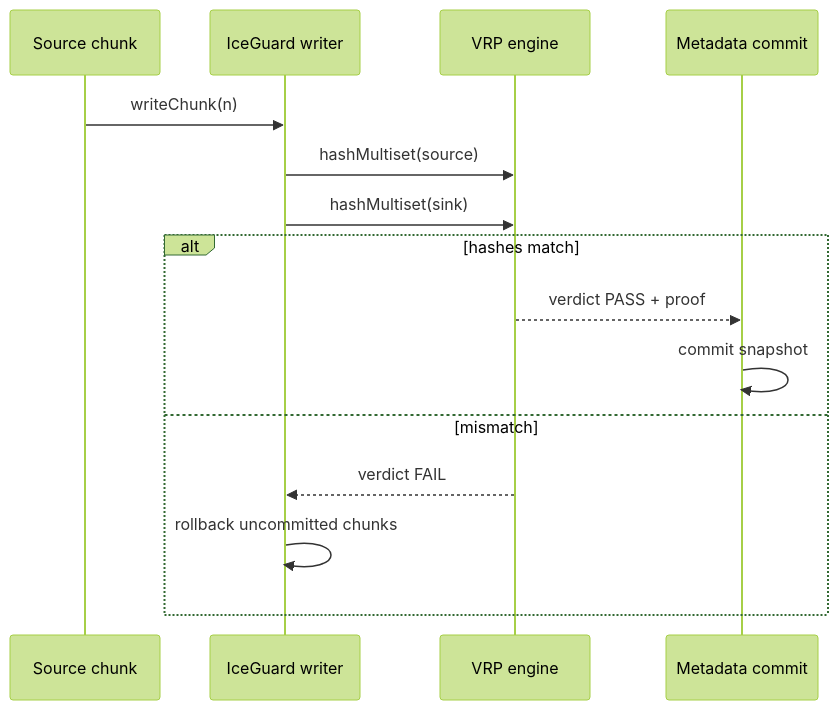
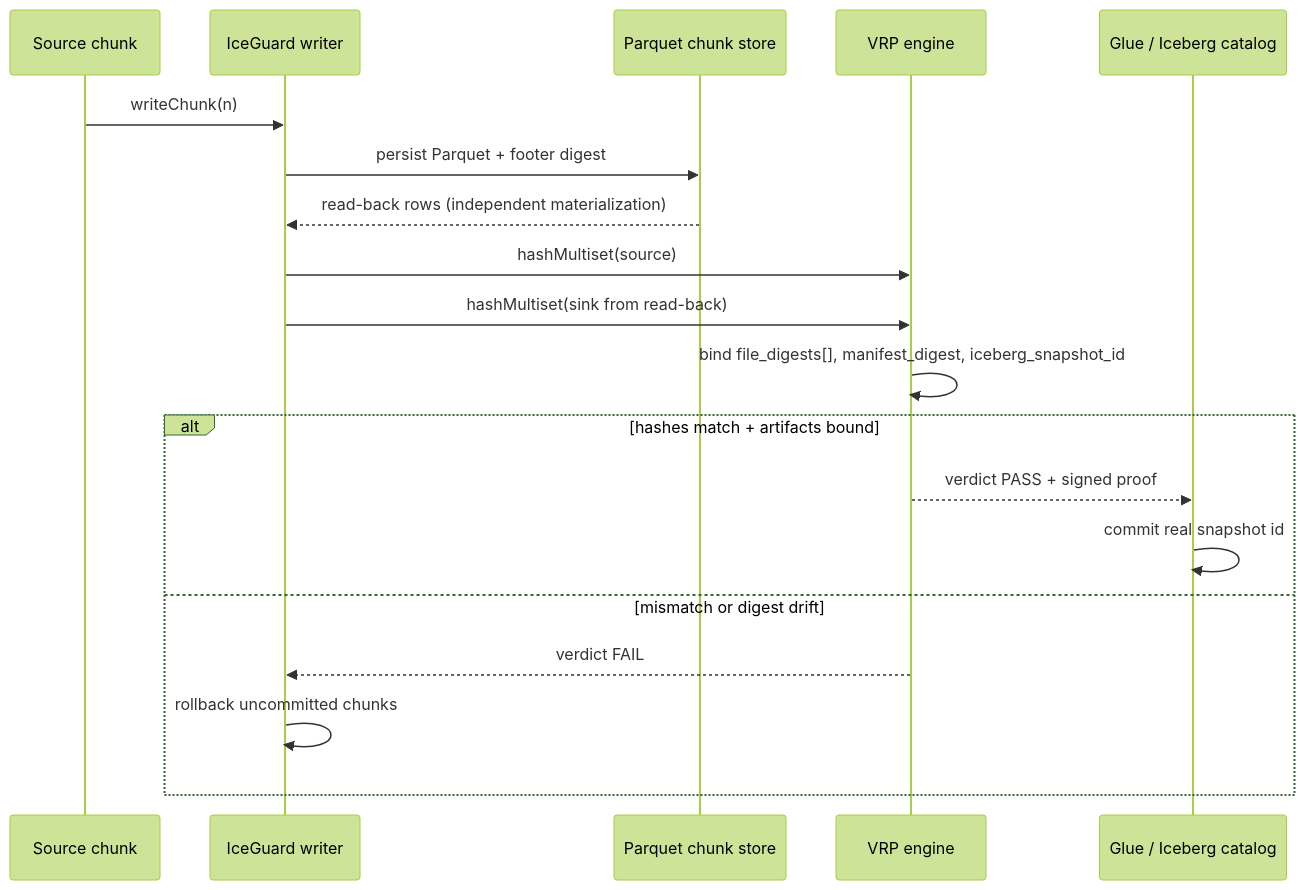
Before and after one commit to vaquarkhan/CogniMesh: the third of 6 diagrams in docs/vaquar-pattern.md, drawn with Mermaid (forest theme). The commit also changed other lines of this file, not shown here.

````diff
--- a/docs/vaquar-pattern.md
+++ b/docs/vaquar-pattern.md
@@ -109,18 +110,22 @@
 ```mermaid
 sequenceDiagram
     participant Src as Source chunk
     participant W as IceGuard writer
+    participant Store as Parquet chunk store
     participant V as VRP engine
-    participant M as Metadata commit
+    participant Cat as Glue / Iceberg catalog
 
     Src->>W: writeChunk(n)
+    W->>Store: persist Parquet + footer digest
+    Store-->>W: read-back rows (independent materialization)
     W->>V: hashMultiset(source)
-    W->>V: hashMultiset(sink)
-    alt hashes match
-        V-->>M: verdict PASS + proof
-        M->>M: commit snapshot
-    else mismatch
+    W->>V: hashMultiset(sink from read-back)
+    V->>V: bind file_digests[], manifest_digest, iceberg_snapshot_id
+    alt hashes match + artifacts bound
+        V-->>Cat: verdict PASS + signed proof
+        Cat->>Cat: commit real snapshot id
+    else mismatch or digest drift
         V-->>W: verdict FAIL
         W->>W: rollback uncommitted chunks
     end
 ```
````
